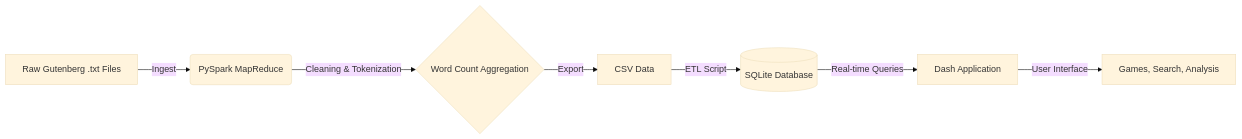
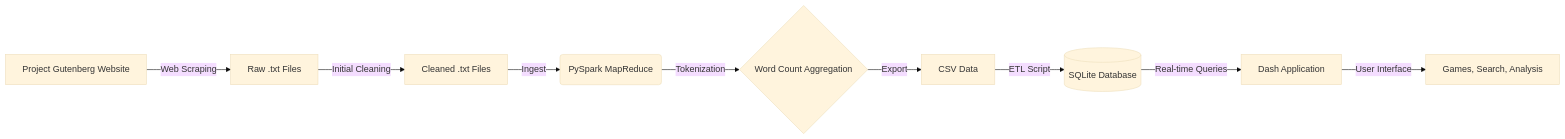
One commit to jm7n7/roo-setta-stone changed the diagram in README.md. Above: the diagram before and after it, drawn with Mermaid (base theme). The commit also changed other lines of this file, not shown here.

````diff
--- a/README.md
+++ b/README.md
@@ -15,9 +15,11 @@
 ```mermaid
 graph LR
-    A[Raw Gutenberg .txt Files] -->|Ingest| B(PySpark MapReduce)
-    B -->|Cleaning & Tokenization| C{Word Count Aggregation}
-    C -->|Export| D[CSV Data]
-    D -->|ETL Script| E[(SQLite Database)]
-    E -->|Real-time Queries| F[Dash Application]
-    F -->|User Interface| G[Games, Search, Analysis]
+    A[Project Gutenberg Website] -->|Web Scraping| B[Raw .txt Files]
+    B -->|Initial Cleaning| C[Cleaned .txt Files]
+    C -->|Ingest| D(PySpark MapReduce)
+    D -->|Tokenization| E{Word Count Aggregation}
+    E -->|Export| F[CSV Data]
+    F -->|ETL Script| G[(SQLite Database)]
+    G -->|Real-time Queries| H[Dash Application]
+    H -->|User Interface| I[Games, Search, Analysis]
 ```
````
